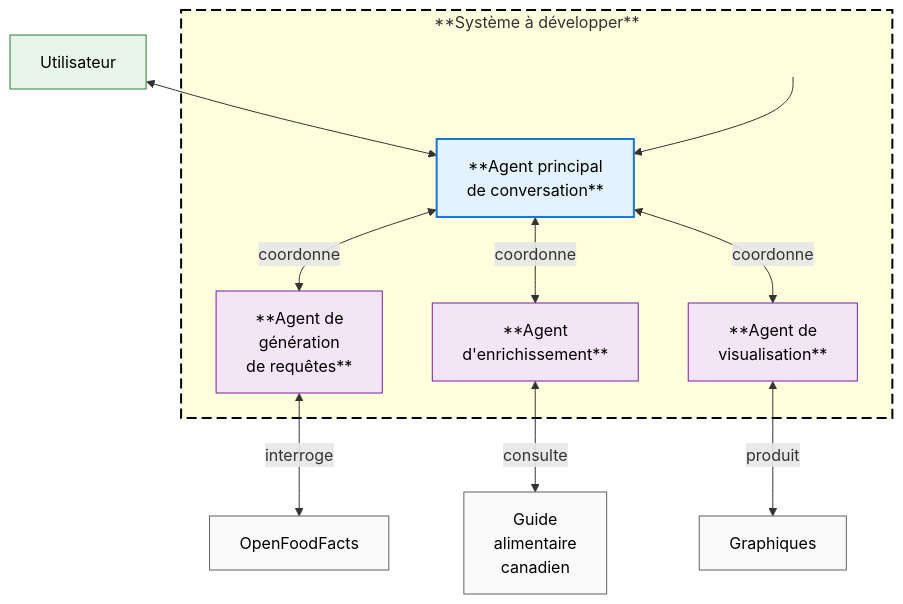
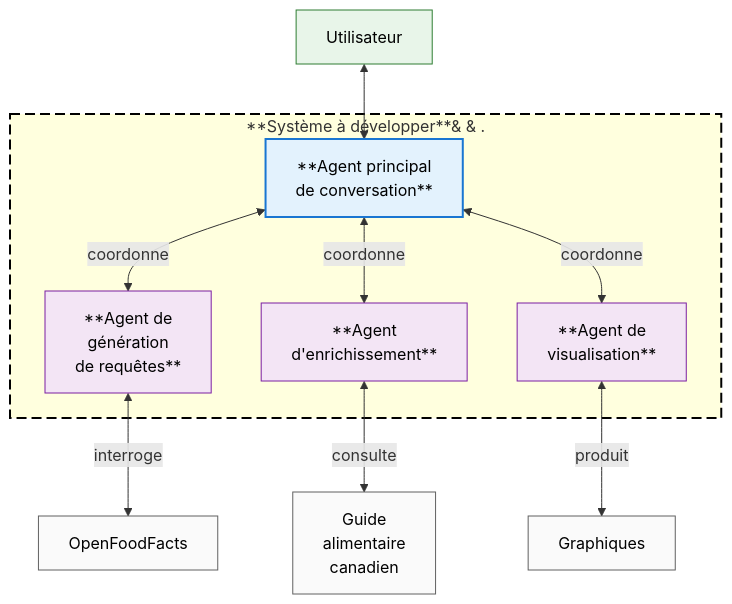
Before and after one commit to boisalai/ift-6005: the second of 2 diagrams in docs/markdown/plan.md, drawn with Mermaid.

````diff
--- a/docs/markdown/plan.md
+++ b/docs/markdown/plan.md
@@ -93,36 +93,32 @@
 ```mermaid
 graph TD
     %% Définition de classes avec texte en noir
     classDef main fill:#e3f2fd,stroke:#1976d2,color:#000000,stroke-width:2px
     classDef agent fill:#f3e5f5,stroke:#7b1fa2,color:#000000
     classDef resource fill:#fafafa,stroke:#616161,color:#000000
     classDef user fill:#e8f5e9,stroke:#2e7d32,color:#000000
     classDef system_border stroke:#000000,stroke-width:2px,stroke-dasharray:10 5
-    classDef invisible fill:none,stroke:none
 
     U["Utilisateur"] <--> MA
 
-    subgraph S[**Système à développer**]
-        Space[ ]
+    subgraph S[**Système à développer**&#10;&#10;.]
         MA["**Agent principal<br>de conversation**"]
         A1["**Agent de<br>génération<br>de requêtes**"]
         A2["**Agent<br>d'enrichissement**"]
         A3["**Agent de<br>visualisation**"]
         
-        Space --> MA
         MA <-->|coordonne| A1
         MA <-->|coordonne| A2
         MA <-->|coordonne| A3
     end
     
     A1 <-->|interroge| DB["OpenFoodFacts"]
     A2 <-->|consulte| GAC["Guide<br>alimentaire<br>canadien"]
     A3 <-->|produit| V["Graphiques"]
     
     class MA main
     class A1,A2,A3 agent
     class DB,GAC,V resource
     class U user
     class S system_border
-    class Space invisible
 ```
````
